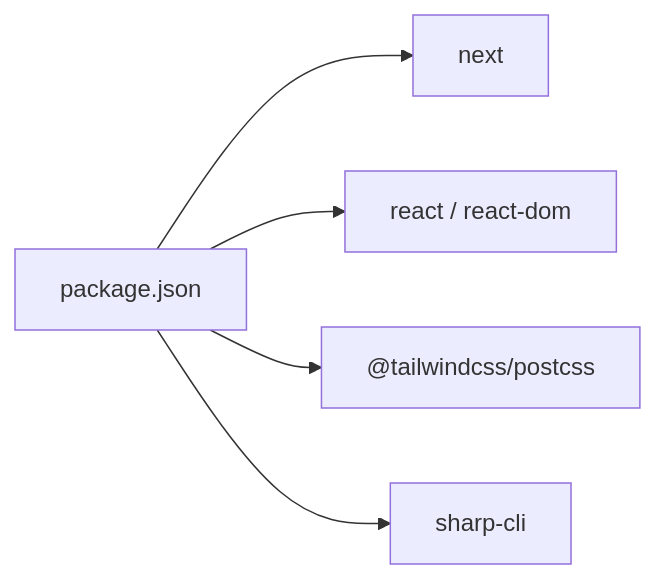
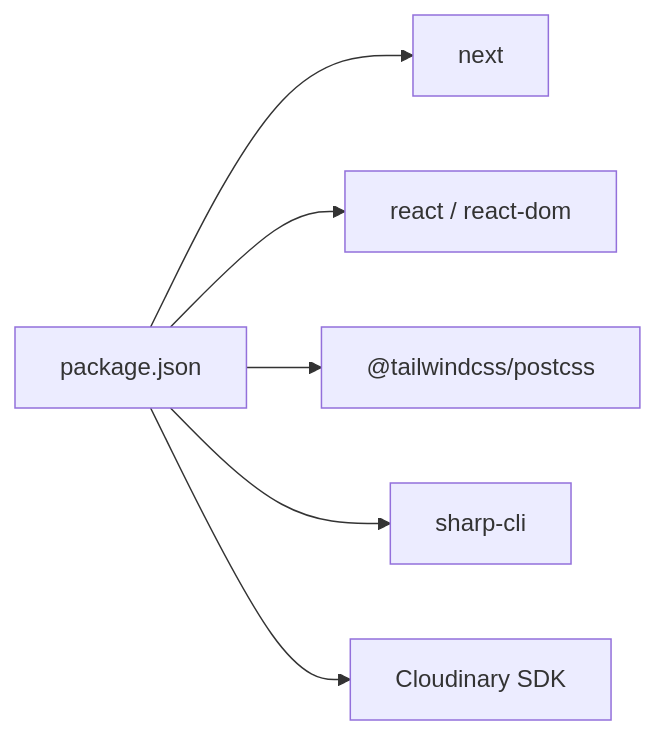
One commit to Black-box01/rhemaexpertsolutions changed the fourth of 4 diagrams in .qoder/repowiki/en/content/Configuration and Build/Next.js Configuration.md. Above: the diagram before and after it, drawn with Mermaid. The commit also changed other lines of this file and 37 other files, not shown here.

````diff
--- a/.qoder/repowiki/en/content/Configuration and Build/Next.js Configuration.md
+++ b/.qoder/repowiki/en/content/Configuration and Build/Next.js Configuration.md
@@ -263,12 +304,14 @@
 ```mermaid
 graph LR
 Pkg["package.json"]
 Next["next"]
 React["react / react-dom"]
 Tailwind["@tailwindcss/postcss"]
 Sharp["sharp-cli"]
+Cloudinary["Cloudinary SDK"]
 Pkg --> Next
 Pkg --> React
 Pkg --> Tailwind
 Pkg --> Sharp
+Pkg --> Cloudinary
 ```
````
